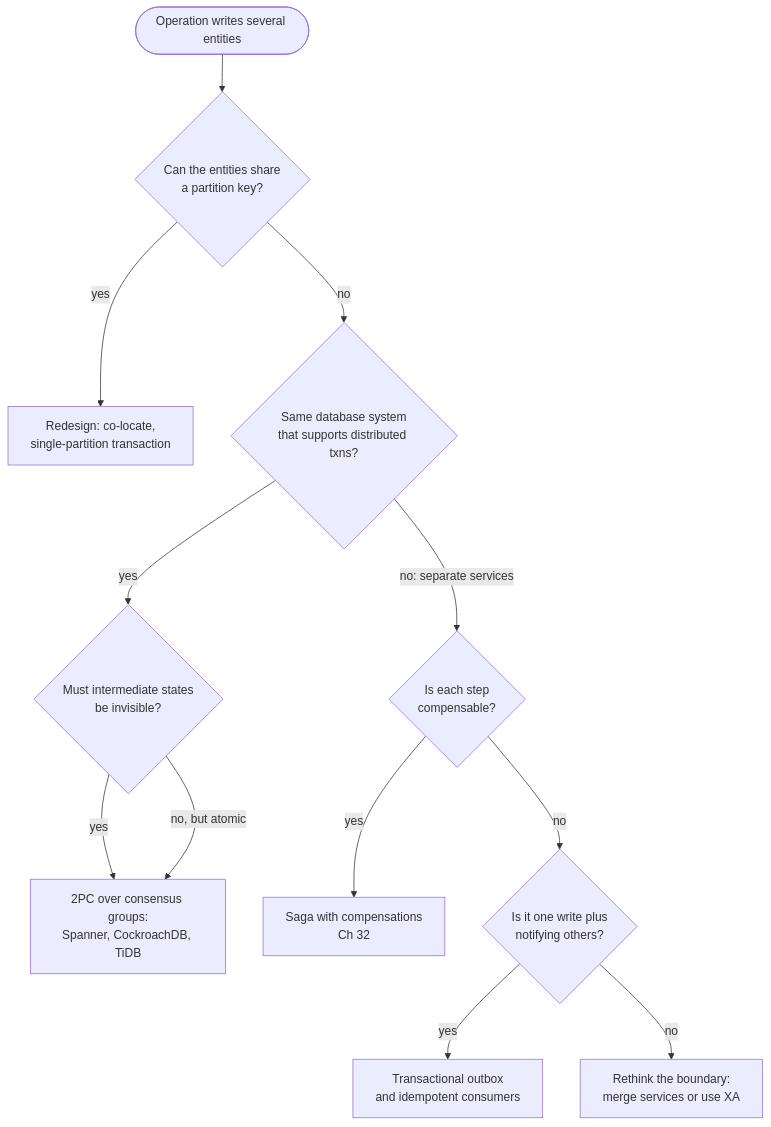
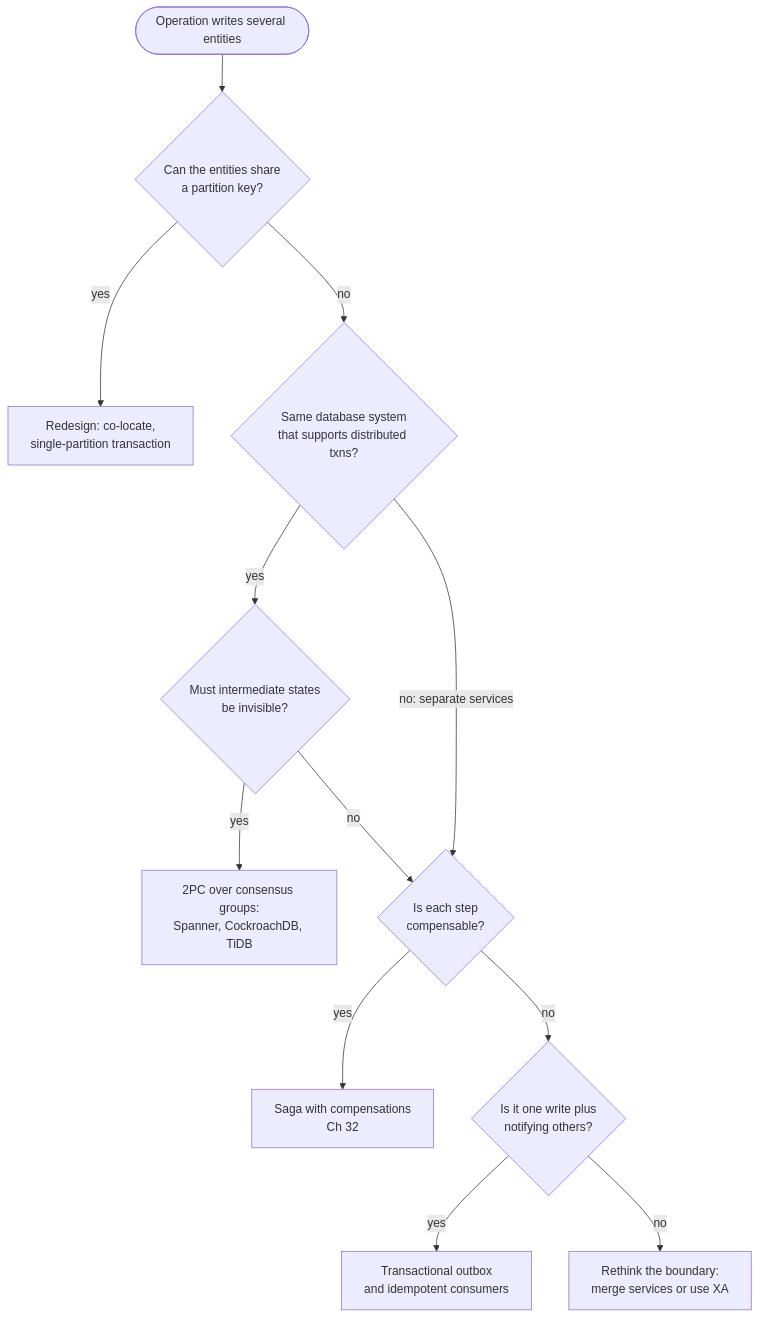
Before and after one commit to Sampath1-1-1/System-Design: diagram 15 of 15 in manuscript/book1-traditional/28-distributed-transactions.md, drawn with Mermaid. The commit also changed other lines of this file and 4 other files, not shown here.

````diff
--- a/manuscript/book1-traditional/28-distributed-transactions.md
+++ b/manuscript/book1-traditional/28-distributed-transactions.md
@@ -1428,14 +1417,14 @@
 ```mermaid
 flowchart TD
   S([Operation writes several entities]) --> Q1{Can the entities share<br/>a partition key?}
   Q1 -->|"yes"| A1["Redesign: co-locate,<br/>single-partition transaction"]
   Q1 -->|"no"| Q2{Same database system<br/>that supports distributed txns?}
   Q2 -->|"yes"| Q3{Must intermediate states<br/>be invisible?}
   Q3 -->|"yes"| A2["2PC over consensus groups:<br/>Spanner, CockroachDB, TiDB"]
-  Q3 -->|"no, but atomic"| A2
+  Q3 -->|"no"| Q4
   Q2 -->|"no: separate services"| Q4{Is each step<br/>compensable?}
   Q4 -->|"yes"| A3["Saga with compensations<br/>Ch 32"]
   Q4 -->|"no"| Q5{Is it one write plus<br/>notifying others?}
   Q5 -->|"yes"| A4["Transactional outbox<br/>and idempotent consumers"]
   Q5 -->|"no"| A5["Rethink the boundary:<br/>merge services or use XA"]
 ```
````
